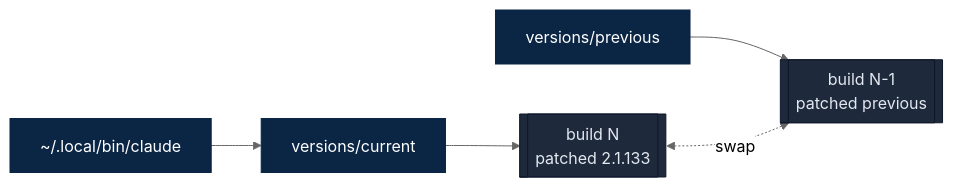
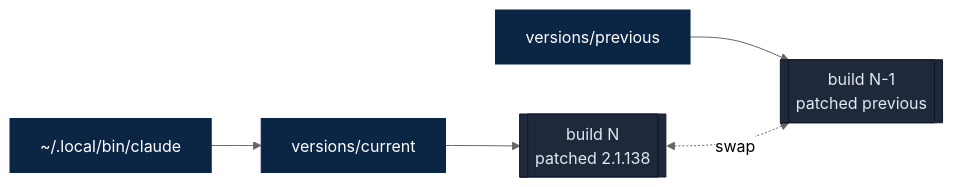
The second of 3 diagrams in README.md (camjac251/cc-enhanced), drawn with Mermaid (neutral theme) before and after one commit. The commit also changed other lines of this file, not shown here.

````diff
--- a/README.md
+++ b/README.md
@@ -70,13 +70,13 @@
 ```mermaid
 flowchart LR
     Launcher["~/.local/bin/claude"] --> Current["versions/current"]
     Previous["versions/previous"]
-    Current --> NewBuild[["build N<br/>patched 2.1.133"]]
+    Current --> NewBuild[["build N<br/>patched 2.1.138"]]
     Previous --> OldBuild[["build N-1<br/>patched previous"]]
     NewBuild <-. swap .-> OldBuild
 
     classDef sym fill:#0b2545,stroke:#0b2545,color:#fff
     classDef build fill:#1e293b,stroke:#0f172a,color:#e2e8f0
     class Launcher,Current,Previous sym
     class NewBuild,OldBuild build
 ```
````
